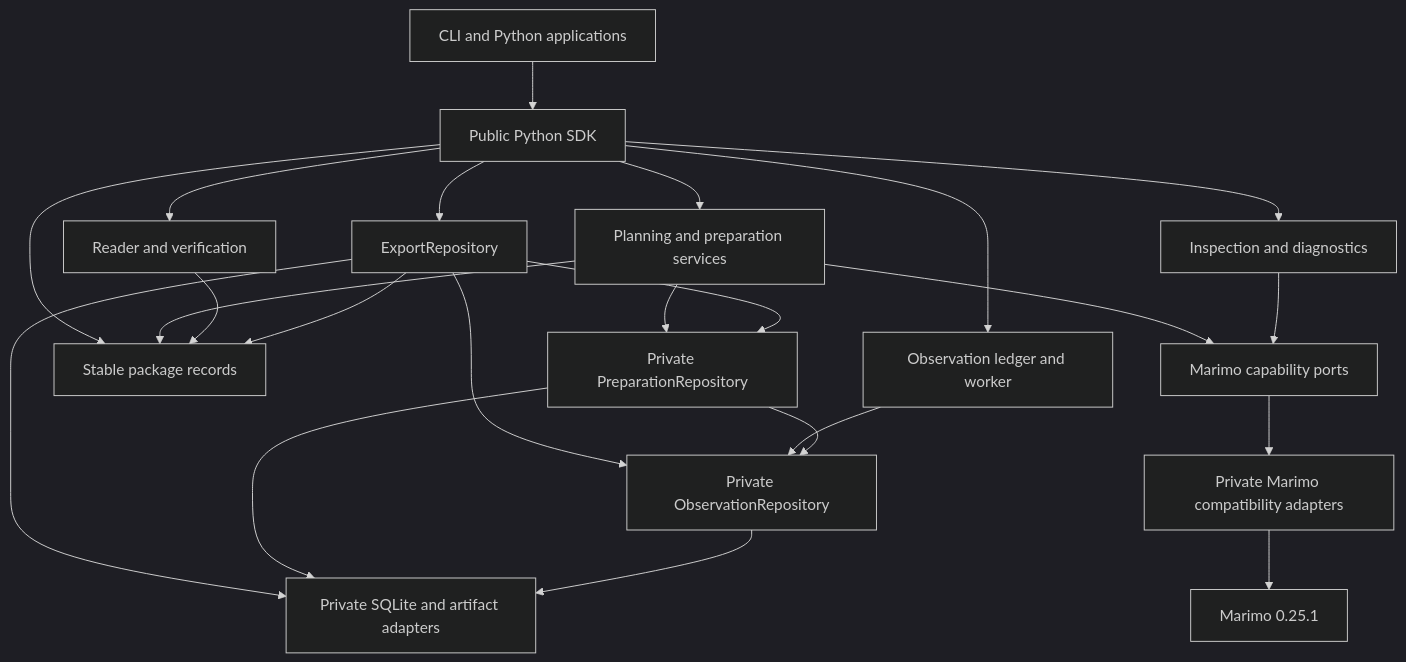
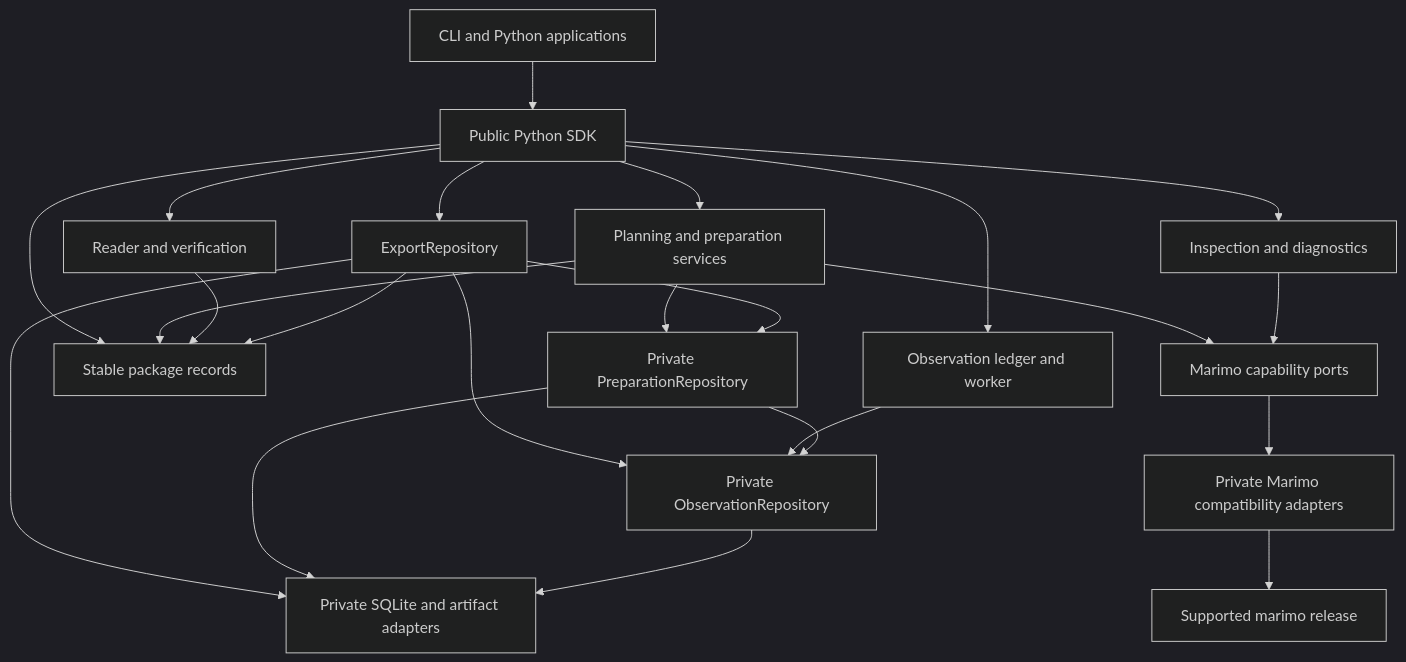
Before and after one commit to marimo-team/marimo-export: the third of 4 diagrams in development_docs/architecture.md, drawn with Mermaid (dark theme). The commit also changed other lines of this file and 17 other files, not shown here.

````diff
--- a/development_docs/architecture.md
+++ b/development_docs/architecture.md
@@ -75,40 +75,40 @@
 ```mermaid
 flowchart TB
     apps[CLI and Python applications]
     sdk[Public Python SDK]
     services[Planning and preparation services]
     readers[Reader and verification]
     publicRepository[ExportRepository]
     integration[Inspection and diagnostics]
     observationWorker[Observation ledger and worker]
     records[Stable package records]
     preparationRepository[Private PreparationRepository]
     observationRepository[Private ObservationRepository]
     marimoPorts[Marimo capability ports]
     sqlite[Private SQLite and artifact adapters]
     compat[Private Marimo compatibility adapters]
-    host[Marimo 0.25.1]
+    host[Supported marimo release]
 
     apps --> sdk
     sdk --> records
     sdk --> services
     sdk --> readers
     sdk --> publicRepository
     sdk --> integration
     sdk --> observationWorker
     services --> records
     services --> preparationRepository
     services --> marimoPorts
     readers --> records
     publicRepository --> records
     publicRepository --> sqlite
     publicRepository --> observationRepository
     publicRepository --> preparationRepository
     integration --> marimoPorts
     observationWorker --> observationRepository
     preparationRepository --> observationRepository
     preparationRepository --> sqlite
     observationRepository --> sqlite
     marimoPorts --> compat
     compat --> host
 ```
````
